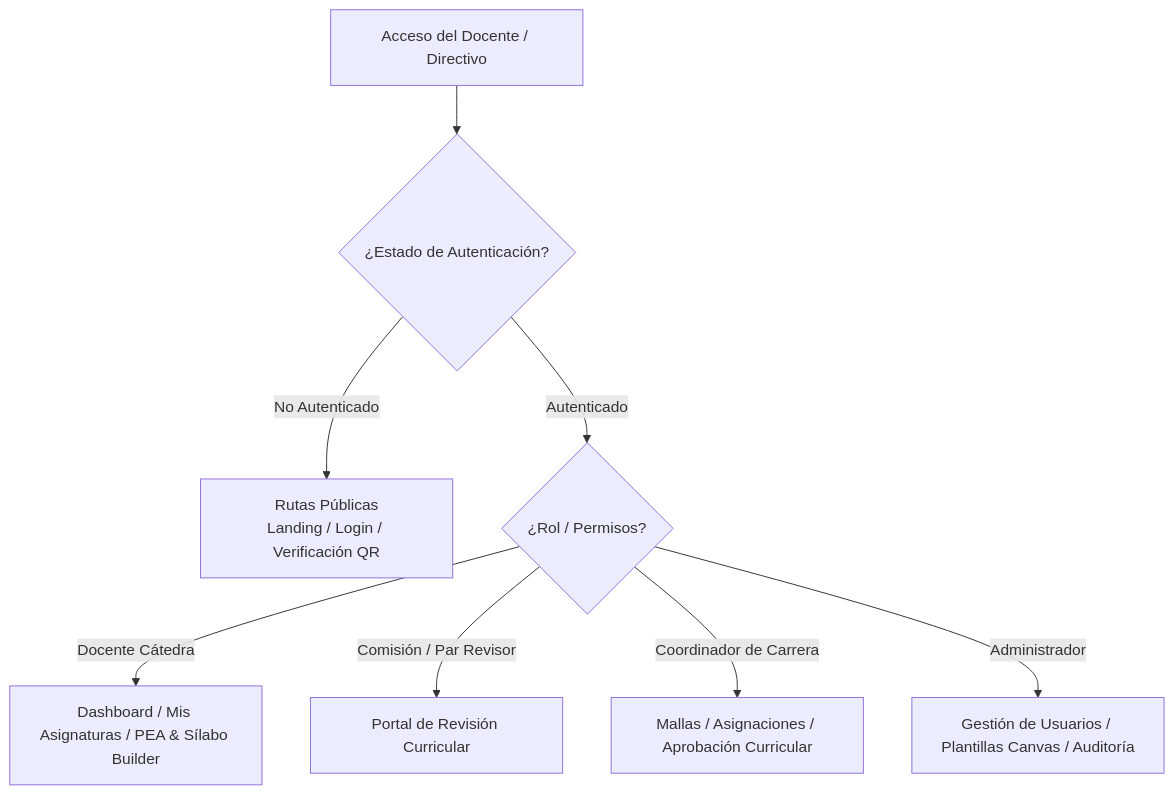
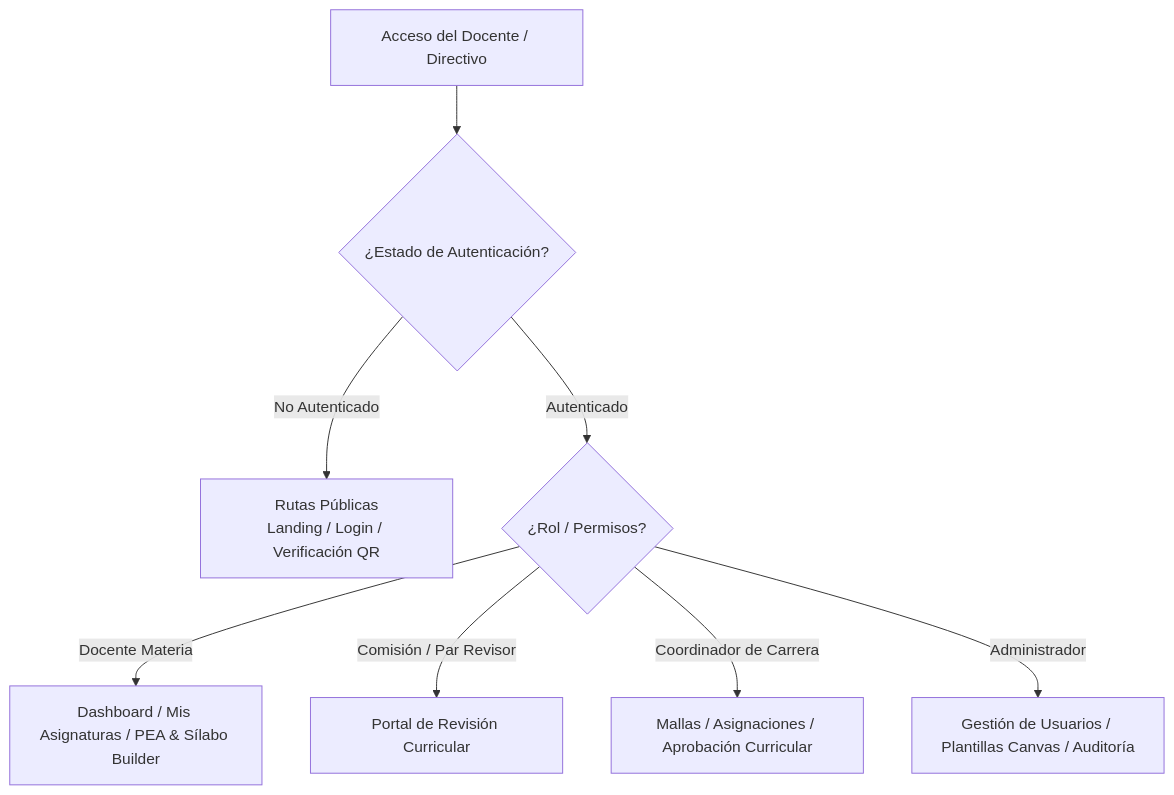
Before and after one commit to JorgeDoicela/dosier: the diagram in docs/documentacion/05-frontend-web/01-arquitectura-react-vite.md, drawn with Mermaid. The commit also changed 17 other files, not shown here.

````diff
--- a/docs/documentacion/05-frontend-web/01-arquitectura-react-vite.md
+++ b/docs/documentacion/05-frontend-web/01-arquitectura-react-vite.md
@@ -44,12 +44,12 @@
 ```mermaid
 graph TD
     UserAccess[Acceso del Docente / Directivo] --> RouterCheck{¿Estado de Autenticación?}
 
     RouterCheck -->|No Autenticado| PublicRoutes[Rutas Públicas\nLanding / Login / Verificación QR]
     RouterCheck -->|Autenticado| ProtectedRoutes{¿Rol / Permisos?}
 
-    ProtectedRoutes -->|Docente Cátedra| DocenteViews[Dashboard / Mis Asignaturas / PEA & Sílabo Builder]
+    ProtectedRoutes -->|Docente Materia| DocenteViews[Dashboard / Mis Asignaturas / PEA & Sílabo Builder]
     ProtectedRoutes -->|Comisión / Par Revisor| RevisorViews[Portal de Revisión Curricular]
     ProtectedRoutes -->|Coordinador de Carrera| CoordViews[Mallas / Asignaciones / Aprobación Curricular]
     ProtectedRoutes -->|Administrador| AdminViews[Gestión de Usuarios / Plantillas Canvas / Auditoría]
 ```
````
